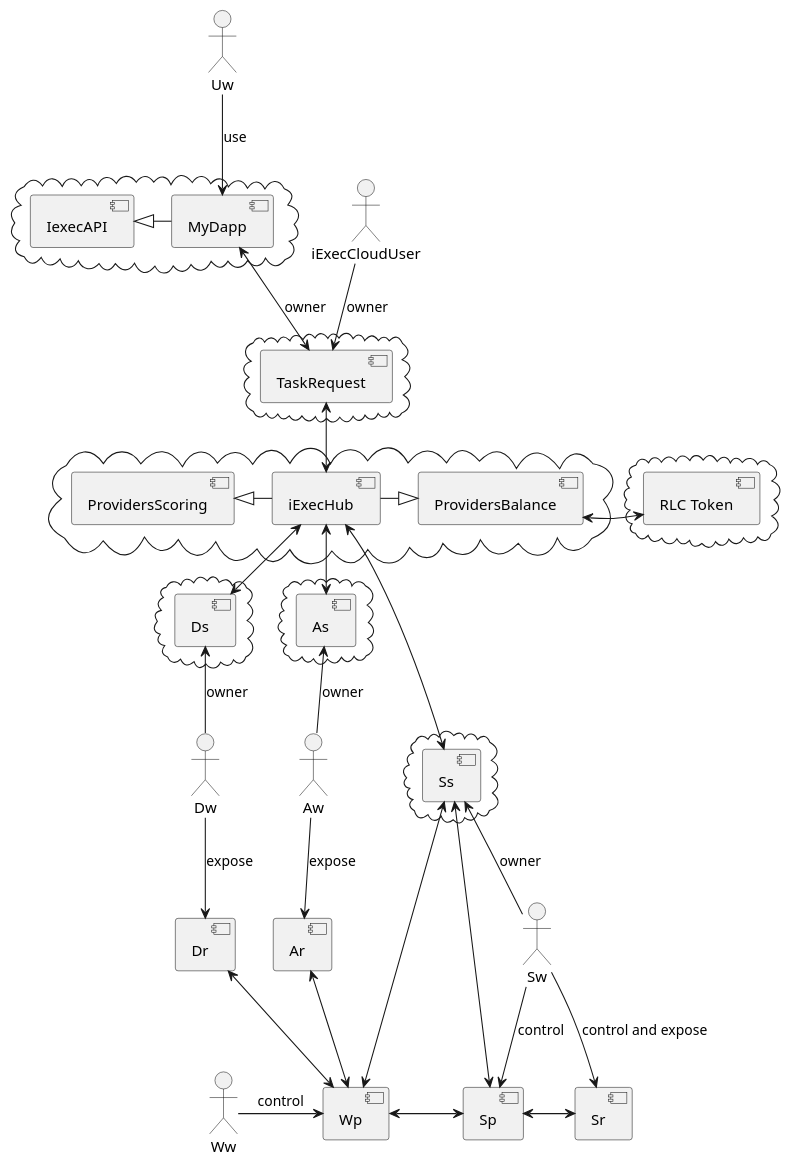
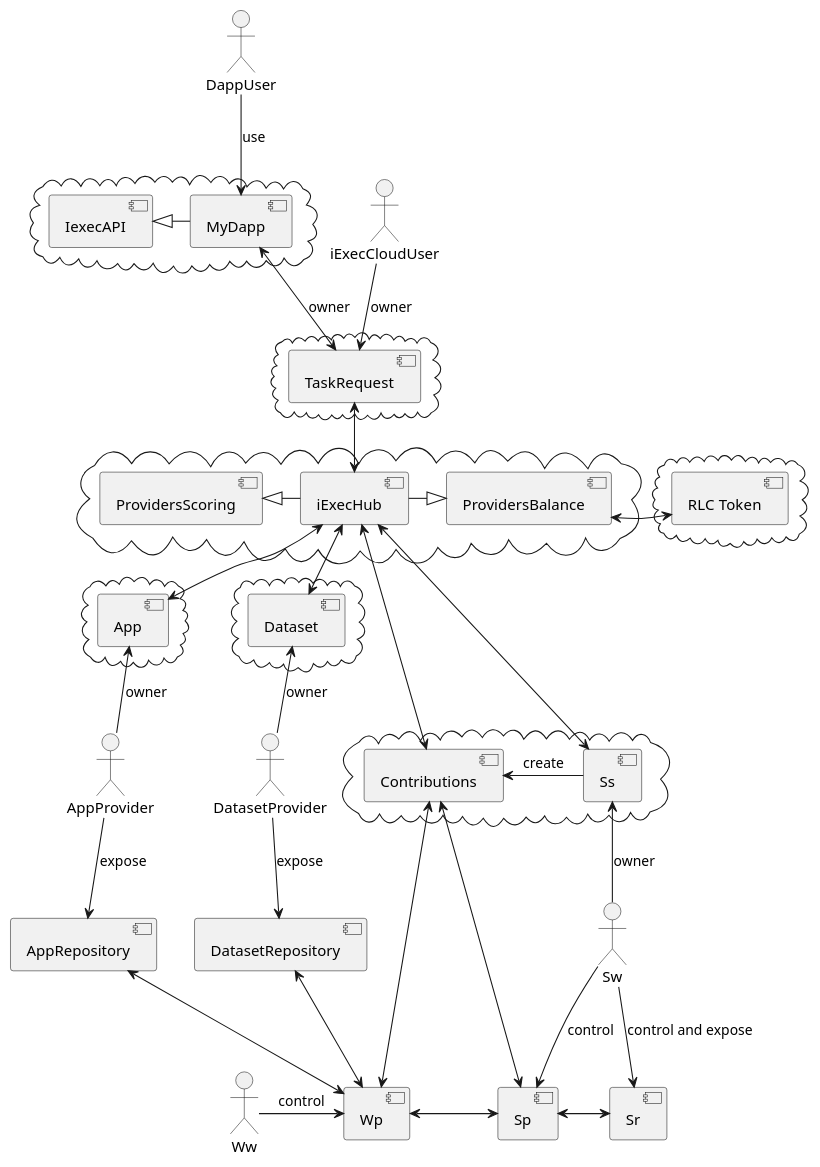
Before and after one commit to iExecBlockchainComputing/PoCo: the diagram in v2plan/uml/ArchitectureV2Symbols.puml, drawn with PlantUML. The commit also changed 10 other files, not shown here.

```diff
--- a/v2plan/uml/ArchitectureV2Symbols.puml
+++ b/v2plan/uml/ArchitectureV2Symbols.puml
@@ -1,113 +1,119 @@
 @startuml
 
 
 :iExecCloudUser:
-:Uw:
-:Aw:
+:DappUser:
+:AppProvider:
 :Sw:
-:Dw:
+:DatasetProvider:
 :Ww:
 
 
 cloud {
   [MyDapp]
   [IexecAPI]
 }
 component [MyDapp]
 component [IexecAPI]
 [IexecAPI] <|-right-  [MyDapp]
 
 
 
-Uw -down-> [MyDapp]: use
+DappUser -down-> [MyDapp]: use
 
 
 cloud {
   [TaskRequest]
 }
 
 component [TaskRequest]
 
 MyDapp <-down-> [TaskRequest]: owner
 
 iExecCloudUser -down-> [TaskRequest]: owner
 
 cloud {
-  [As]
+  [App]
 }
-component [As]
-component [Ar]
+component [App]
+component [AppRepository]
 
 
 cloud {
-  [Ds]
+  [Dataset]
 }
-component [Ds]
-component [Dr]
+component [Dataset]
+component [DatasetRepository]
 
 
 cloud {
   [Ss]
+  [Contributions]
 }
 
 component [Ss]
+component [Contributions]
 component [Sp]
 component [Sr]
 
 component [Wp]
 
 cloud {
   [iExecHub]
   [ProvidersScoring]
   [ProvidersBalance]
 }
 
 cloud {
   [RLC Token]
 }
 component [ProvidersScoring]
 component [iExecHub]
 component [ProvidersBalance]
 component [RLC Token]
 
 
 [ProvidersBalance] <-right-> [RLC Token]
 
 [ProvidersBalance] <|-left-  [iExecHub]
 [ProvidersScoring] <|-right-  [iExecHub]
 
 
-Aw -up-> [As]: owner
-Aw -down-> Ar: expose
+AppProvider -up-> [App]: owner
+AppProvider -down-> AppRepository: expose
 
-Dw -up-> [Ds]: owner
-Dw -down-> Dr: expose
+DatasetProvider -up-> [Dataset]: owner
+DatasetProvider -down-> DatasetRepository: expose
 
 Sw -up-> [Ss]: owner
+
+[Ss] -right-> [Contributions] :create
 Sw -down-> [Sp]: control
 Sw -down-> [Sr]: control and expose
 Sr <-left-> [Sp]
 
 
-[Ds] <-up-> [iExecHub]
-[As] <-up-> [iExecHub]
+[Dataset] <-up-> [iExecHub]
+[App] <-up-> [iExecHub]
 
 [iExecHub] <-down-> [Ss]
+[iExecHub] <-down-> [Contributions]
 [iExecHub] <-up-> [TaskRequest]
-[Sp] <-up-> [Ss]
-[Wp] <-up-> [Ss]
+
+[Sp] <-up-> [Contributions]
+[Wp] <-up-> [Contributions]
 
 [Ww] -right-> [Wp]: control
 
 [Wp] <-right-> [Sp]
 
 
-[Wp] <-up-> [Ar]
+[Wp] <-up-> [AppRepository]
 
-[Wp] <-up-> [Dr]
+[Wp] <-up-> [DatasetRepository]
 
-'missing link :  [Ar] <-> [Wp] . add mannualy on img because i do not succeed to layout it
+'missing link :  [AppRepository] <-> [Wp] . add mannualy on img because i do not succeed to layout it
 
 
 
 @enduml
```
